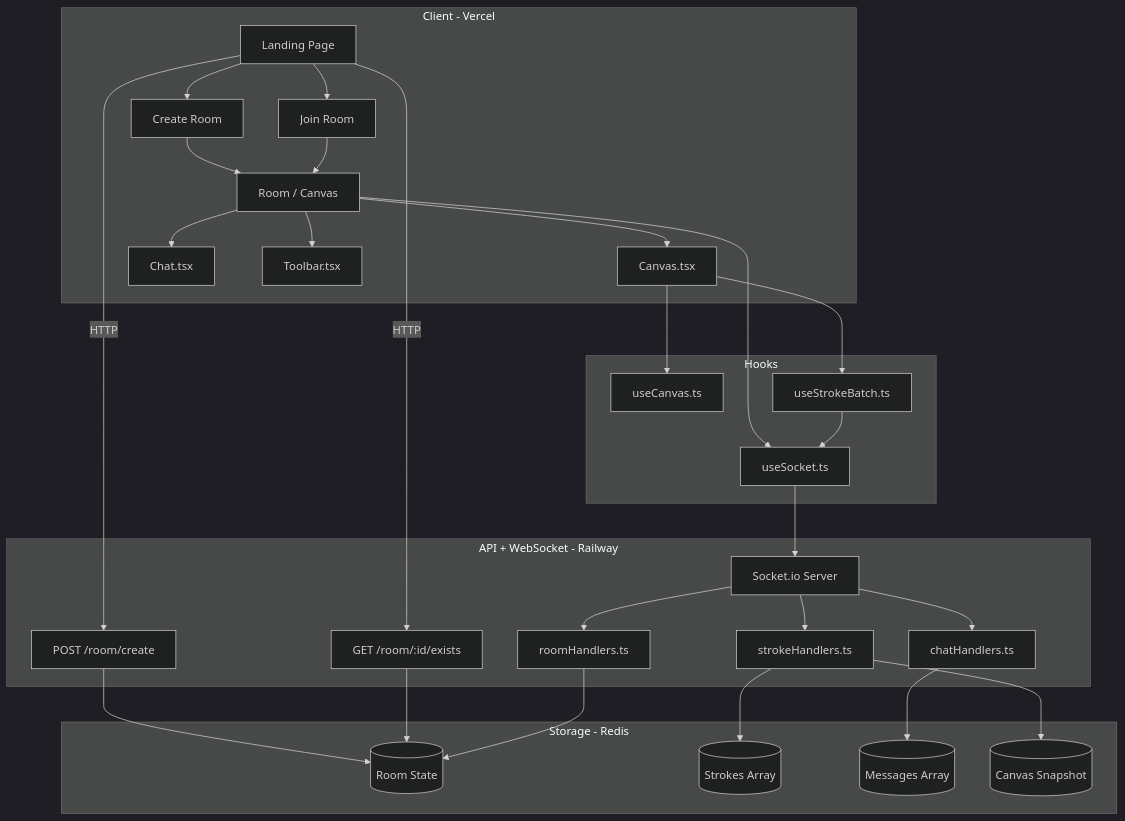
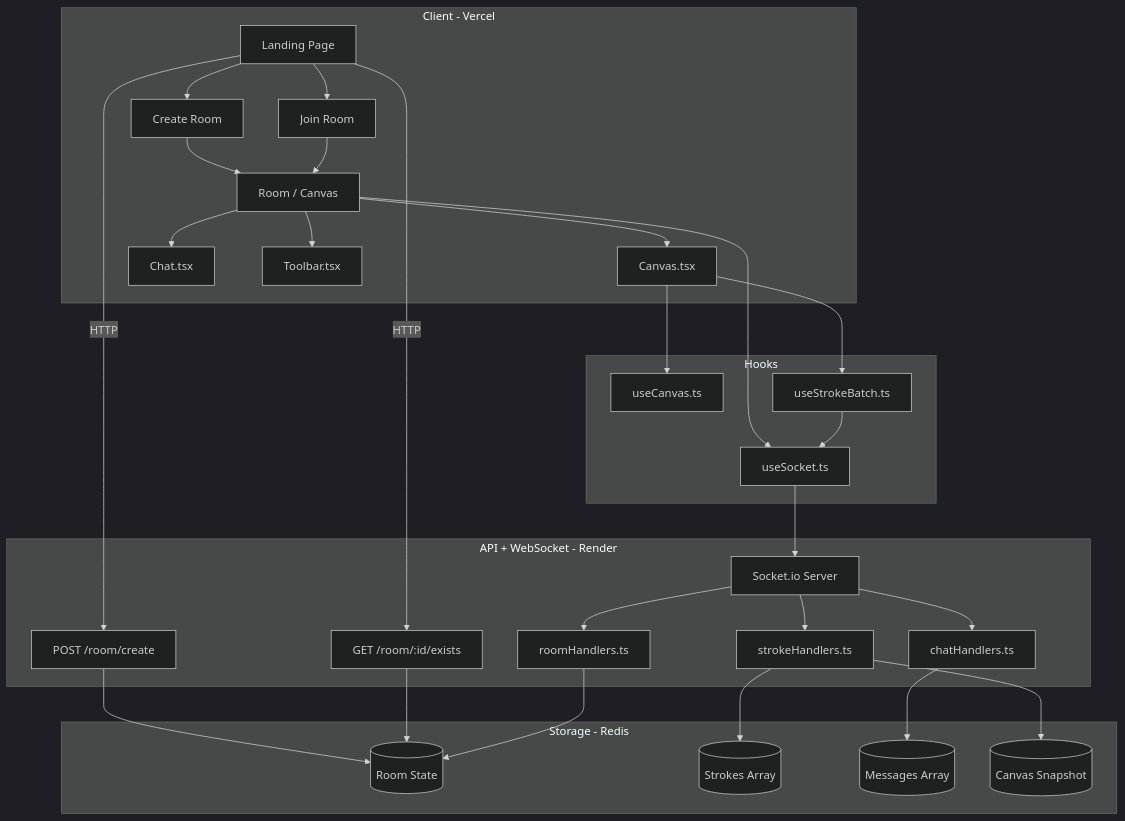
One commit to Sedow360/drawee changed the diagram in README.md. Above: the diagram before and after it, drawn with Mermaid (dark theme). The commit also changed other lines of this file and 1 other file, not shown here.

````diff
--- a/README.md
+++ b/README.md
@@ -97,44 +97,44 @@
 ```mermaid
 graph TB
     subgraph "Client - Vercel"
         A[Landing Page] --> B[Create Room]
         A --> C[Join Room]
         B --> D[Room / Canvas]
         C --> D
         D --> E[Canvas.tsx]
         D --> F[Chat.tsx]
         D --> G[Toolbar.tsx]
     end
 
     subgraph "Hooks"
         H[useSocket.ts]
         I[useCanvas.ts]
         J[useStrokeBatch.ts]
     end
 
-    subgraph "API + WebSocket - Railway"
+    subgraph "API + WebSocket - Render"
         K[POST /room/create]
         L[GET /room/:id/exists]
         M[Socket.io Server]
         N[roomHandlers.ts]
         O[strokeHandlers.ts]
         P[chatHandlers.ts]
     end
 
     subgraph "Storage - Redis"
         Q[(Room State)]
         R[(Strokes Array)]
         S[(Messages Array)]
         T[(Canvas Snapshot)]
     end
 
     D --> H --> M
     E --> I
     E --> J --> H
     A -->|HTTP| K --> Q
     A -->|HTTP| L --> Q
     M --> N --> Q
     M --> O --> R
     M --> P --> S
     O --> T
 ```
````
